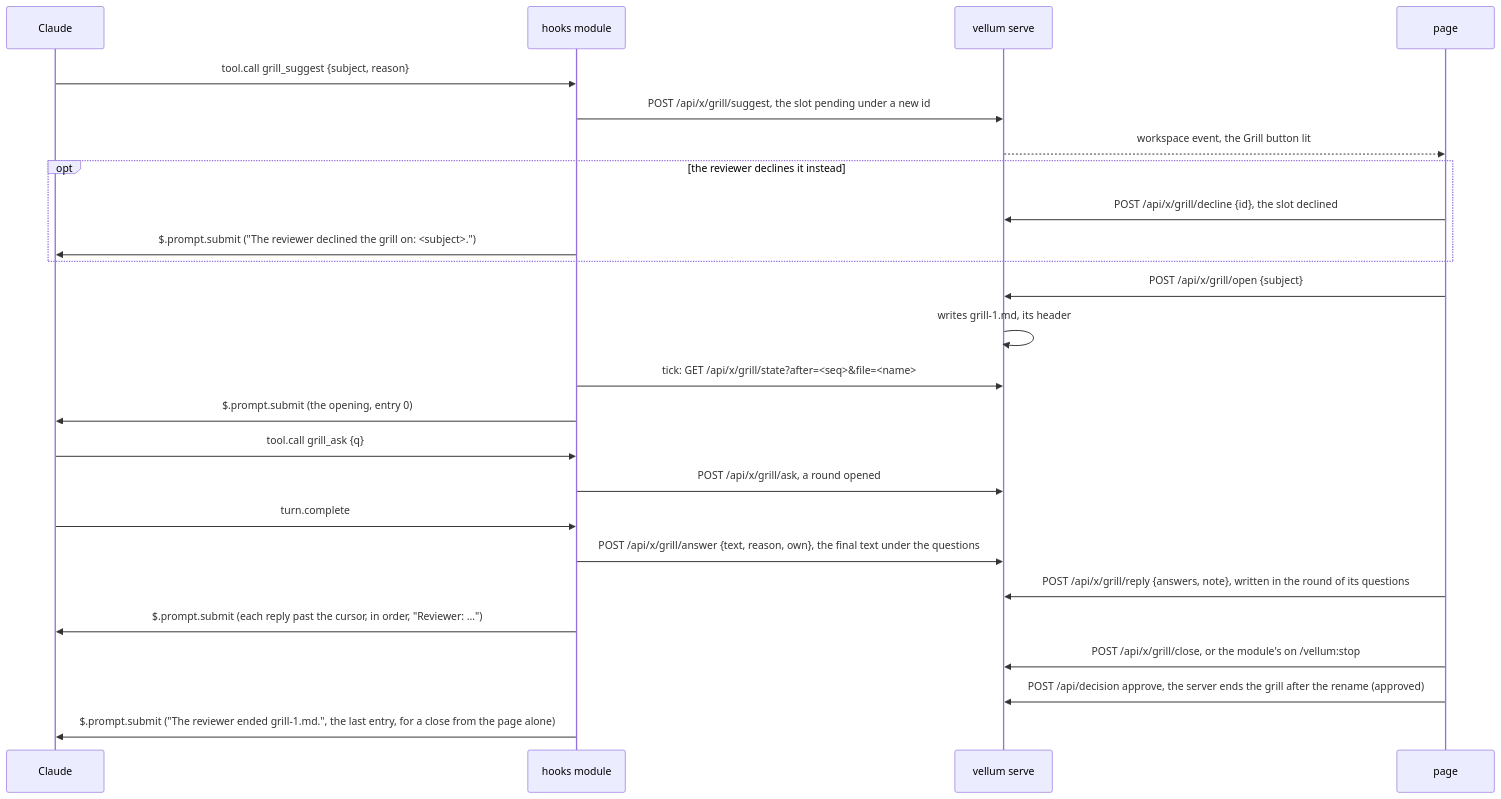
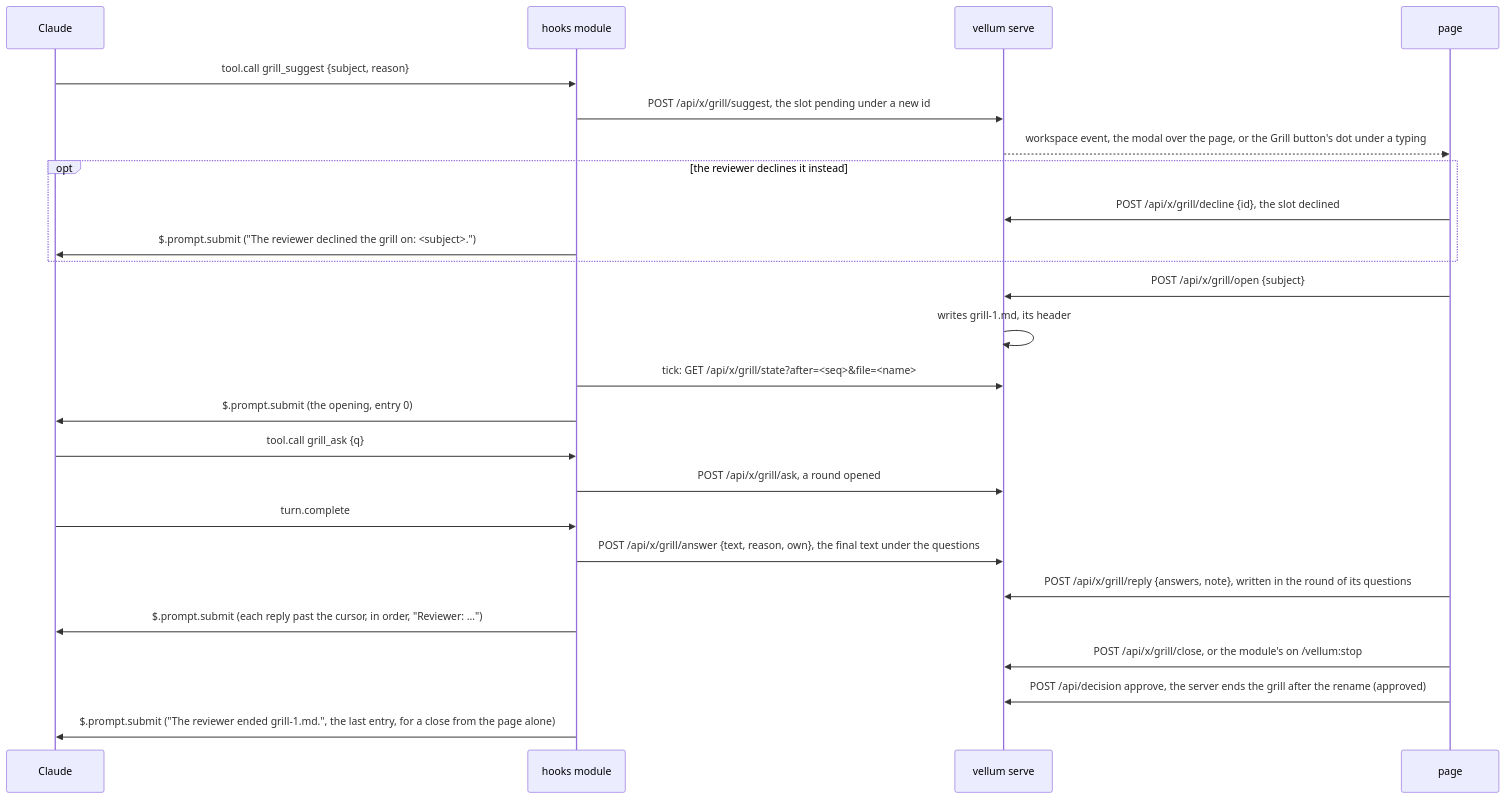
One commit to bengous/claude-code-plugins changed the third of 5 diagrams in vellum/docs/architecture.md. Above: the diagram before and after it, drawn with Mermaid. The commit also changed 13 other files, not shown here.

````diff
--- a/vellum/docs/architecture.md
+++ b/vellum/docs/architecture.md
@@ -116,27 +116,27 @@
 ```mermaid
 sequenceDiagram
   participant C as Claude
   participant M as hooks module
   participant S as vellum serve
   participant P as page
   C->>M: tool.call grill_suggest {subject, reason}
   M->>S: POST /api/x/grill/suggest, the slot pending under a new id
-  S-->>P: workspace event, the Grill button lit
+  S-->>P: workspace event, the modal over the page, or the Grill button's dot under a typing
   opt the reviewer declines it instead
     P->>S: POST /api/x/grill/decline {id}, the slot declined
     M->>C: $.prompt.submit ("The reviewer declined the grill on: <subject>.")
   end
   P->>S: POST /api/x/grill/open {subject}
   S->>S: writes grill-1.md, its header
   M->>S: tick: GET /api/x/grill/state?after=<seq>&file=<name>
   M->>C: $.prompt.submit (the opening, entry 0)
   C->>M: tool.call grill_ask {q}
   M->>S: POST /api/x/grill/ask, a round opened
   C->>M: turn.complete
   M->>S: POST /api/x/grill/answer {text, reason, own}, the final text under the questions
   P->>S: POST /api/x/grill/reply {answers, note}, written in the round of its questions
   M->>C: $.prompt.submit (each reply past the cursor, in order, "Reviewer: ...")
   P->>S: POST /api/x/grill/close, or the module's on /vellum:stop
   P->>S: POST /api/decision approve, the server ends the grill after the rename (approved)
   M->>C: $.prompt.submit ("The reviewer ended grill-1.md.", the last entry, for a close from the page alone)
 ```
````
